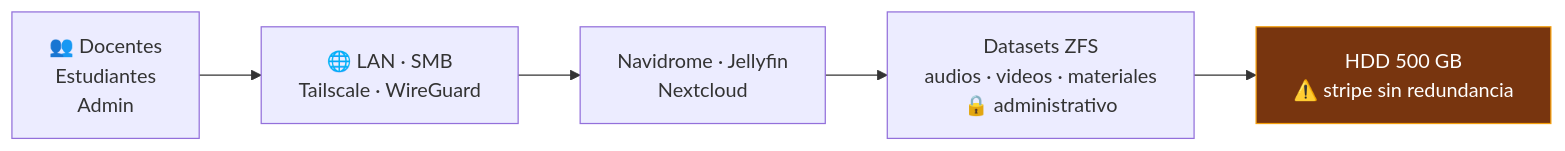
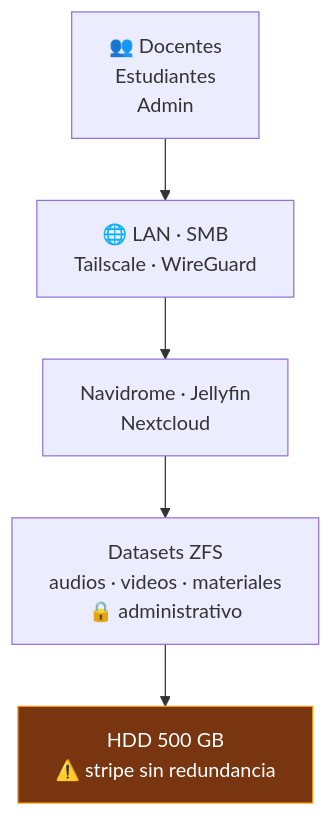
The diagram in oscarroman-portfolio/src/content/blog/nas-academia-quechua-proyecto.md (okipe/personal_portfolio-4), drawn with Mermaid before and after one commit. The commit also changed 3 other files, not shown here.

Commit message:
fix-mermaid-colors

````diff
--- a/oscarroman-portfolio/src/content/blog/nas-academia-quechua-proyecto.md
+++ b/oscarroman-portfolio/src/content/blog/nas-academia-quechua-proyecto.md
@@ -51,10 +51,10 @@
 ```mermaid
-flowchart LR
+flowchart TD
     U["👥 Docentes<br/>Estudiantes<br/>Admin"] --> A["🌐 LAN · SMB<br/>Tailscale · WireGuard"]
     A --> APP["Navidrome · Jellyfin<br/>Nextcloud"]
     APP --> DS["Datasets ZFS<br/>audios · videos · materiales<br/>🔒 administrativo"]
     DS --> HDD["HDD 500 GB<br/>⚠️ stripe sin redundancia"]
 
     classDef riesgo fill:#78350f,stroke:#f59e0b,color:#fff
     class HDD riesgo
 ```
````
